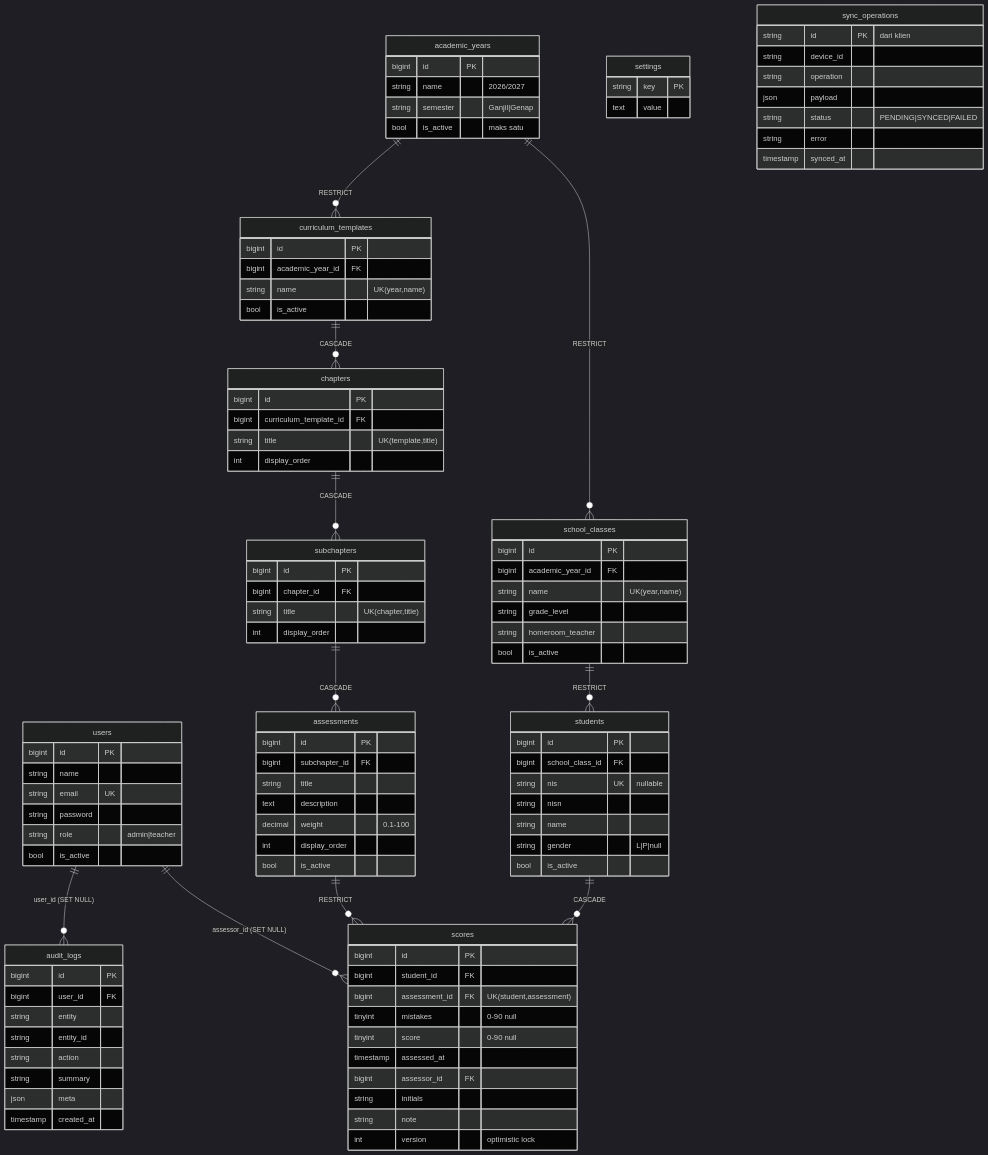
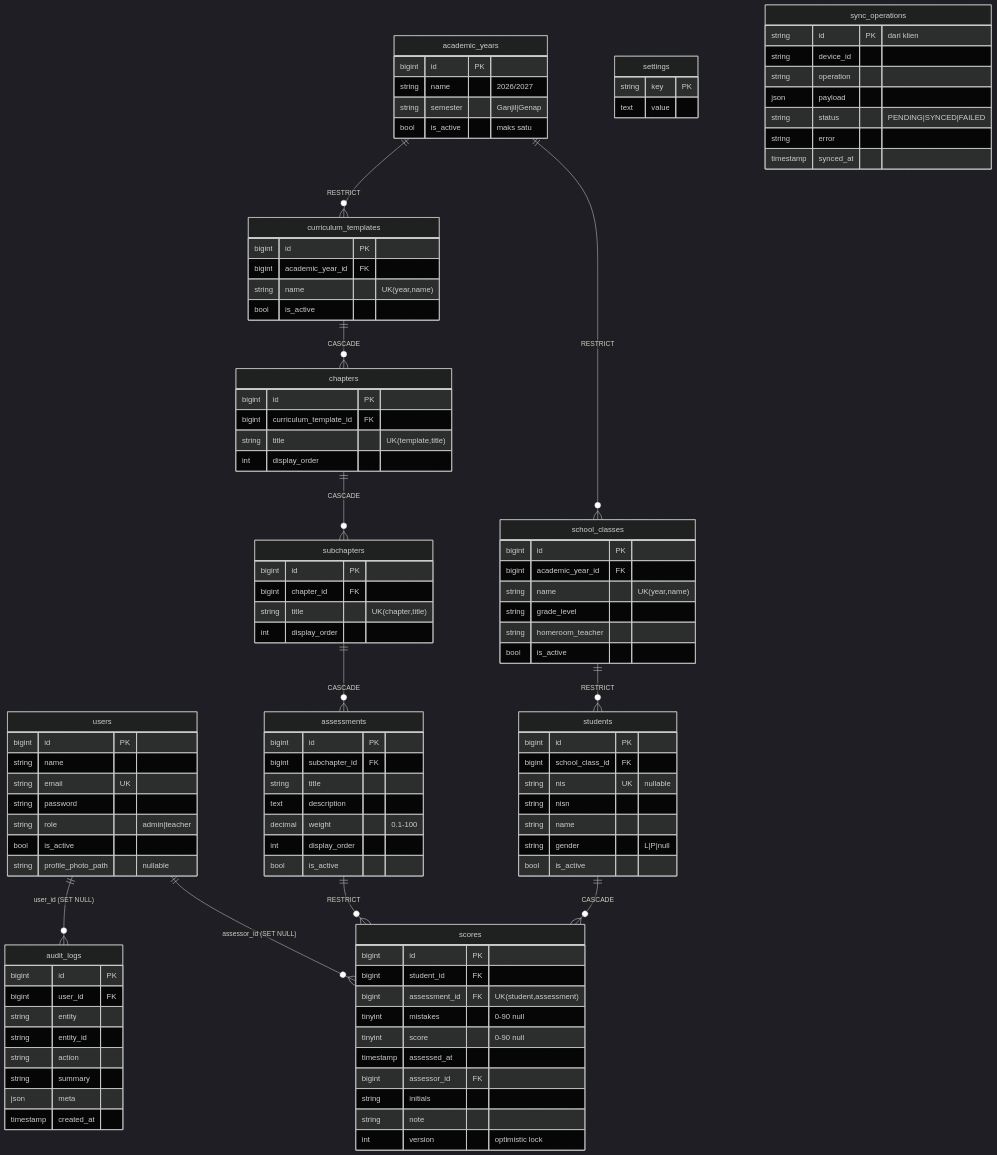
One commit to ilhamrizqiawan21/pib-laravel changed the diagram in docs/ERD.md. Above: the diagram before and after it, drawn with Mermaid (dark theme). The commit also changed 268 other files, not shown here.

Commit message:
Single user tobe and Photo Profile Setting

```diff
--- a/docs/ERD.md
+++ b/docs/ERD.md
@@ -25,6 +25,7 @@
         string password
         string role "admin|teacher"
         bool is_active
+        string profile_photo_path "nullable"
     }
     academic_years {
         bigint id PK
```
